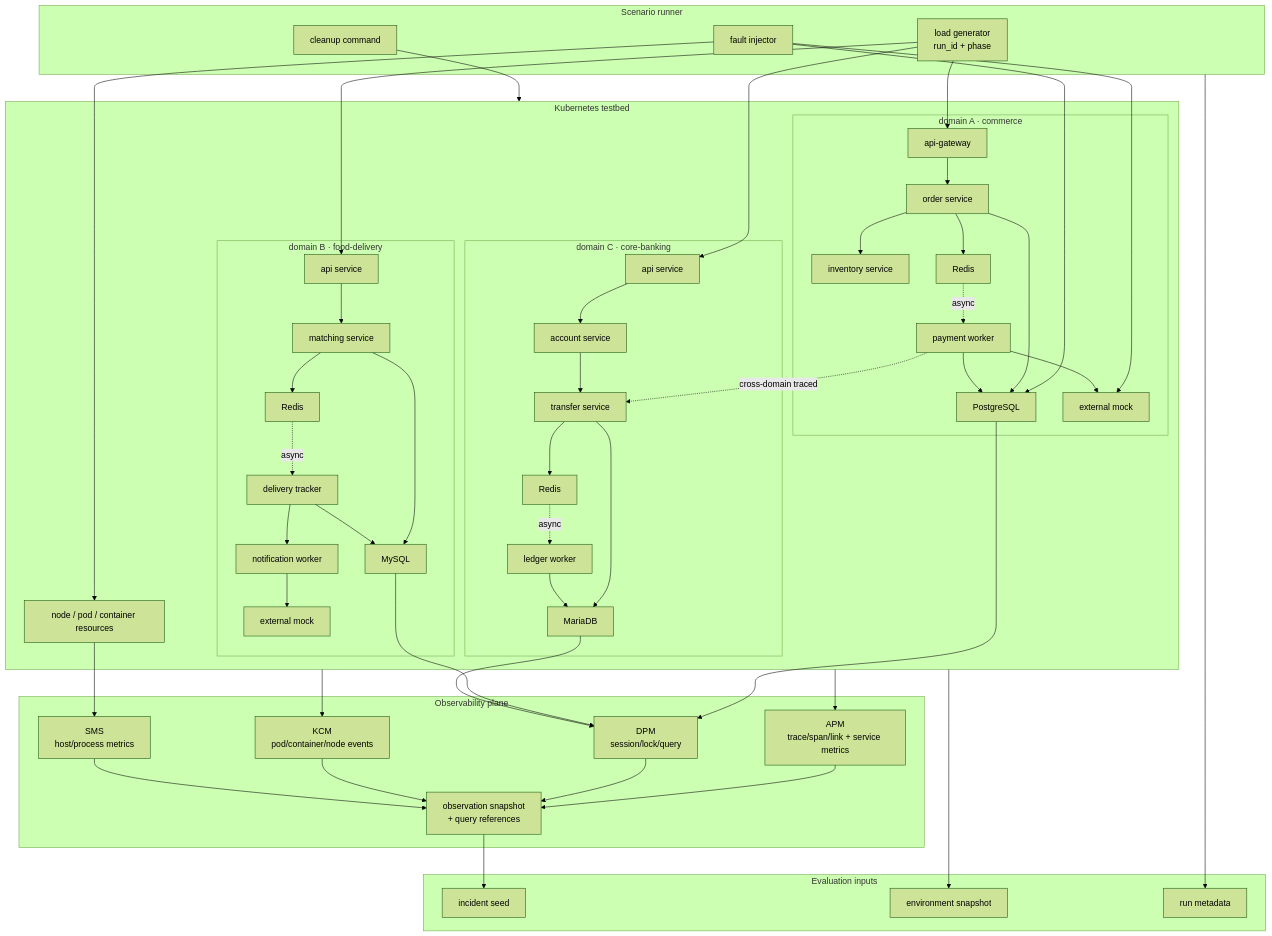
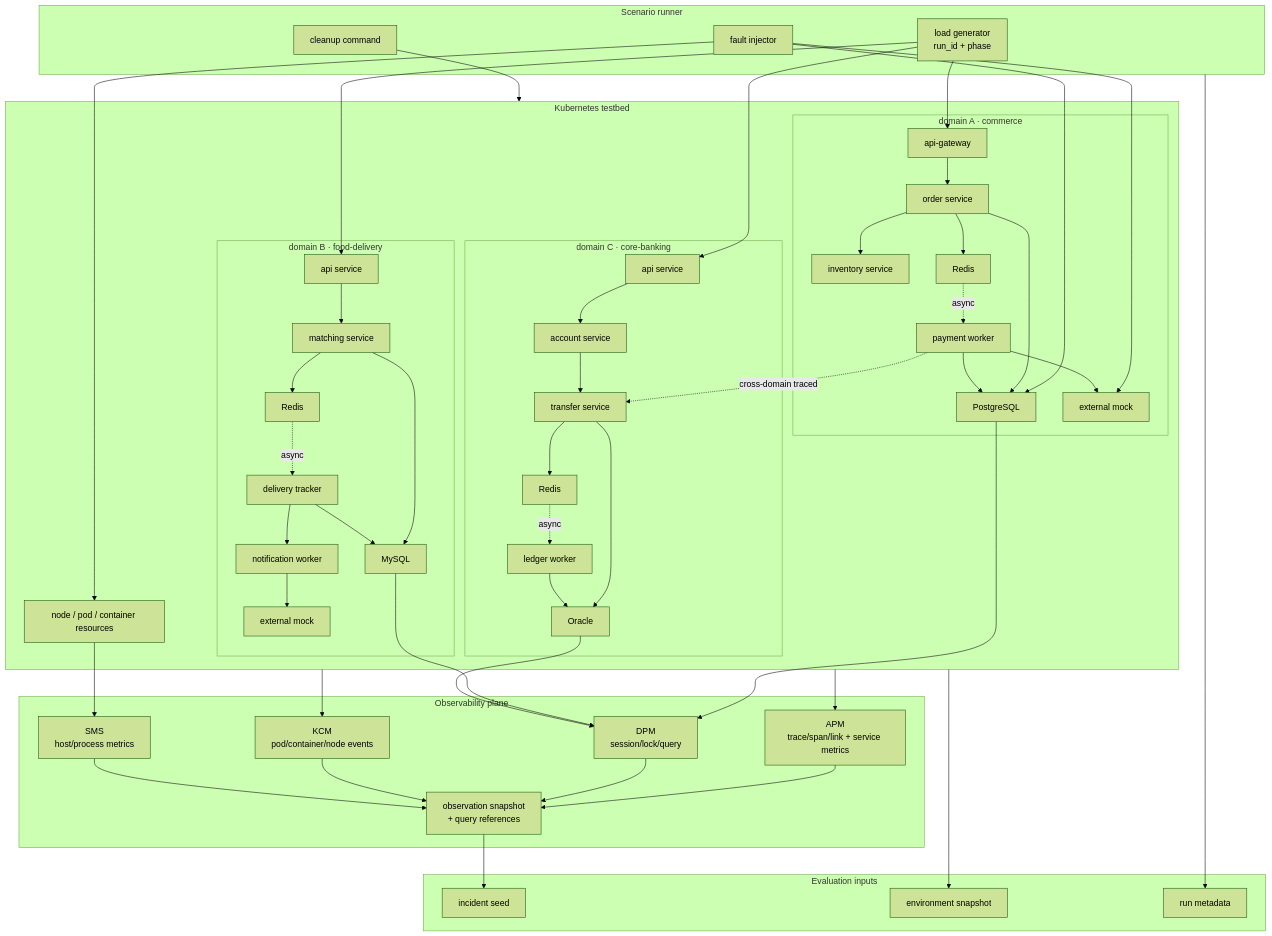
The first of 2 diagrams in docs/spec-testbed-design.md (nkia-ai-team/testbed-services), drawn with Mermaid (forest theme) before and after one commit. The commit also changed other lines of this file, not shown here.

Commit message:
docs: spec-testbed-design DB 구성 Oracle 확정 반영 (MariaDB 폐기 근거 포함)

```diff
--- a/docs/spec-testbed-design.md
+++ b/docs/spec-testbed-design.md
@@ -131,7 +133,7 @@
             C2["account service"]
             C3["transfer service"]
             C4["ledger worker"]
-            CDB["MariaDB"]
+            CDB["Oracle"]
             CR["Redis"]
         end
 
```
